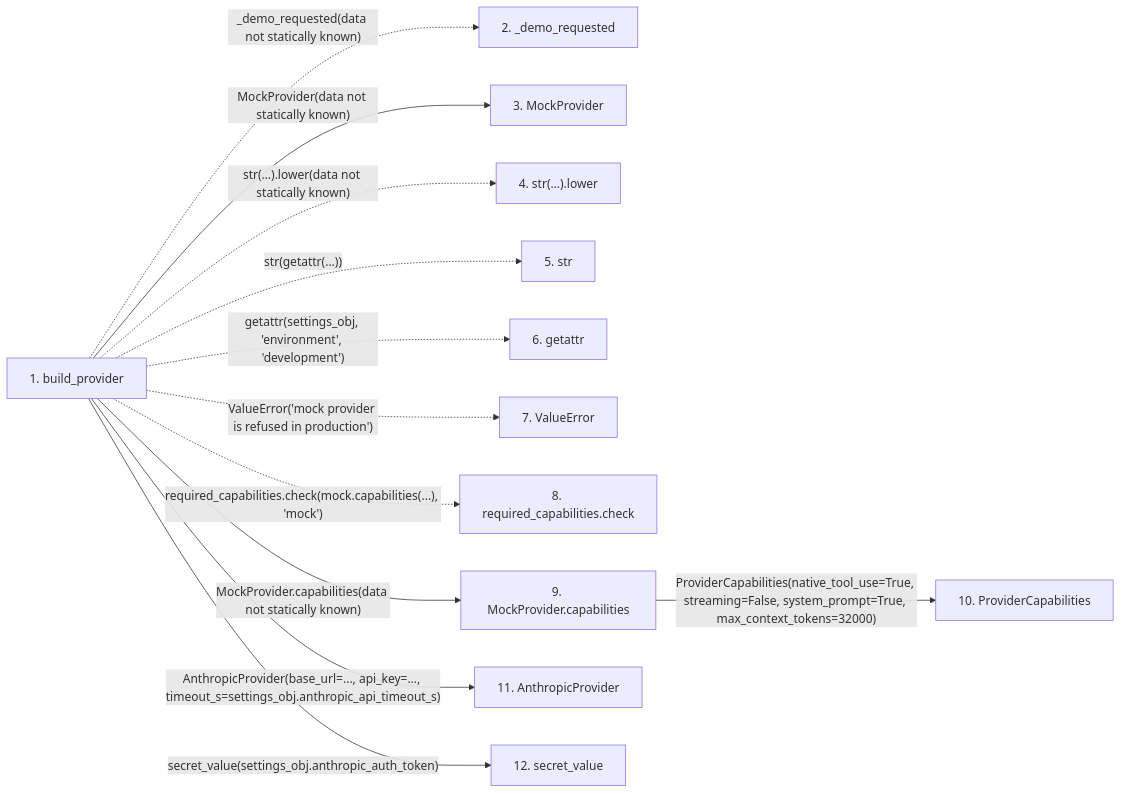
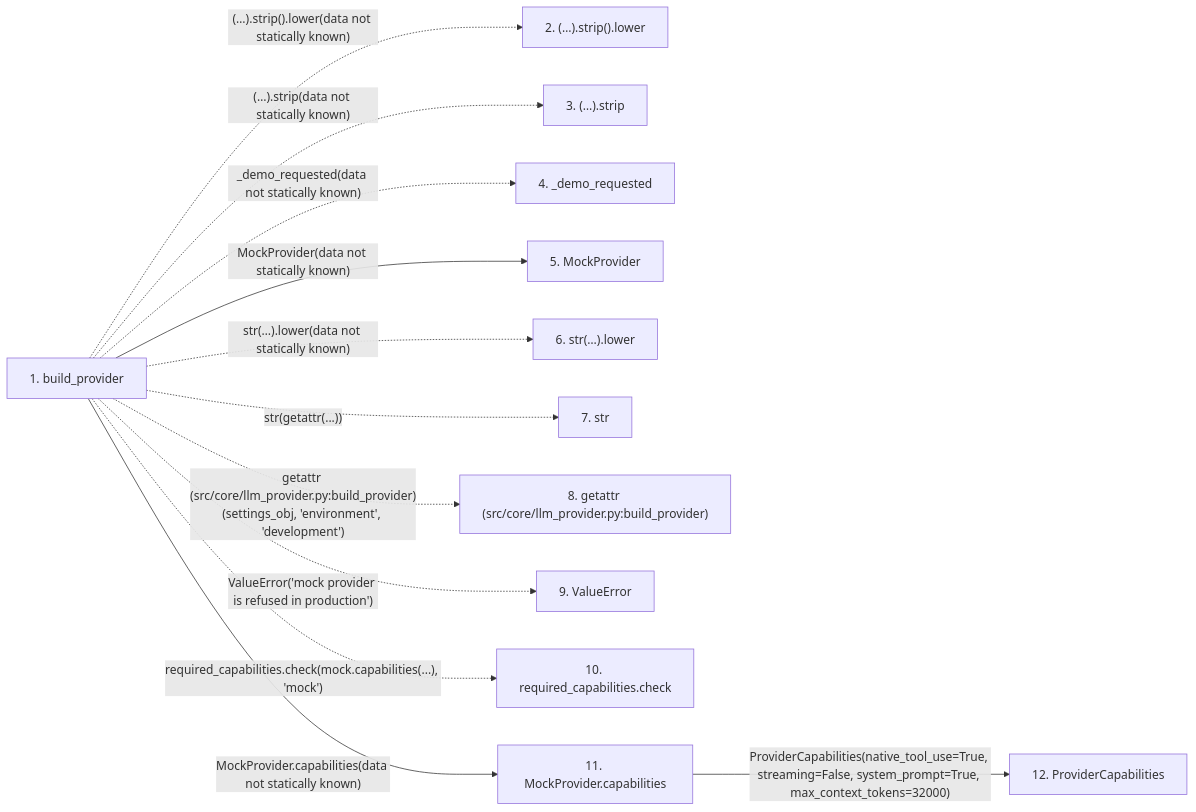
Before and after one commit to Denissvgn/autoresearch-agent: the second of 2 diagrams in docs/llm_wiki/flows/api-build_provider.md, drawn with Mermaid. The commit also changed other lines of this file and 1033 other files, not shown here.

````diff
--- a/docs/llm_wiki/flows/api-build_provider.md
+++ b/docs/llm_wiki/flows/api-build_provider.md
@@ -59,32 +84,30 @@
 ```mermaid
 flowchart LR
     s1["1. build_provider"]
-    s2["2. _demo_requested"]
-    s3["3. MockProvider"]
-    s4["4. str(…).lower"]
-    s5["5. str"]
-    s6["6. getattr"]
-    s7["7. ValueError"]
-    s8["8. required_capabilities.check"]
-    s9["9. MockProvider.capabilities"]
-    s10["10. ProviderCapabilities"]
-    s11["11. AnthropicProvider"]
-    s12["12. secret_value"]
-    s1 -. "_demo_requested(data not statically known)" .-> s2
-    s1 -->|"MockProvider(data not statically known)"| s3
-    s1 -. "str(…).lower(data not statically known)" .-> s4
-    s1 -. "str(getattr(...))" .-> s5
-    s1 -. "getattr(settings_obj, 'environment', 'development')" .-> s6
-    s1 -. "ValueError('mock provider is refused in production')" .-> s7
-    s1 -. "required_capabilities.check(mock.capabilities(...), 'mock')" .-> s8
-    s1 -->|"MockProvider.capabilities(data not statically known)"| s9
-    s9 -->|"ProviderCapabilities(native_tool_use=True, streaming=False, system_prompt=True, max_context_tokens=32000)"| s10
-    s1 -->|"AnthropicProvider(base_url=..., api_key=..., timeout_s=settings_obj.anthropic_api_timeout_s)"| s11
-    s1 -->|"secret_value(settings_obj.anthropic_auth_token)"| s12
+    s2["2. (…).strip().lower"]
+    s3["3. (…).strip"]
+    s4["4. _demo_requested"]
+    s5["5. MockProvider"]
+    s6["6. str(…).lower"]
+    s7["7. str"]
+    s8["8. getattr (src/core/llm_provider.py:build_provider)"]
+    s9["9. ValueError"]
+    s10["10. required_capabilities.check"]
+    s11["11. MockProvider.capabilities"]
+    s12["12. ProviderCapabilities"]
+    s1 -. "(…).strip().lower(data not statically known)" .-> s2
+    s1 -. "(…).strip(data not statically known)" .-> s3
+    s1 -. "_demo_requested(data not statically known)" .-> s4
+    s1 -->|"MockProvider(data not statically known)"| s5
+    s1 -. "str(…).lower(data not statically known)" .-> s6
+    s1 -. "str(getattr(...))" .-> s7
+    s1 -. "getattr (src/core/llm_provider.py:build_provider)(settings_obj, 'environment', 'development')" .-> s8
+    s1 -. "ValueError('mock provider is refused in production')" .-> s9
+    s1 -. "required_capabilities.check(mock.capabilities(...), 'mock')" .-> s10
+    s1 -->|"MockProvider.capabilities(data not statically known)"| s11
+    s11 -->|"ProviderCapabilities(native_tool_use=True, streaming=False, system_prompt=True, max_context_tokens=32000)"| s12
     click s1 "../modules/llm_provider.md"
-    click s3 "../modules/llm_provider.md"
-    click s9 "../modules/llm_provider.md"
-    click s10 "../modules/llm_provider.md"
+    click s5 "../modules/llm_provider.md"
     click s11 "../modules/llm_provider.md"
-    click s12 "../modules/config.md"
+    click s12 "../modules/llm_provider.md"
 ```
````
